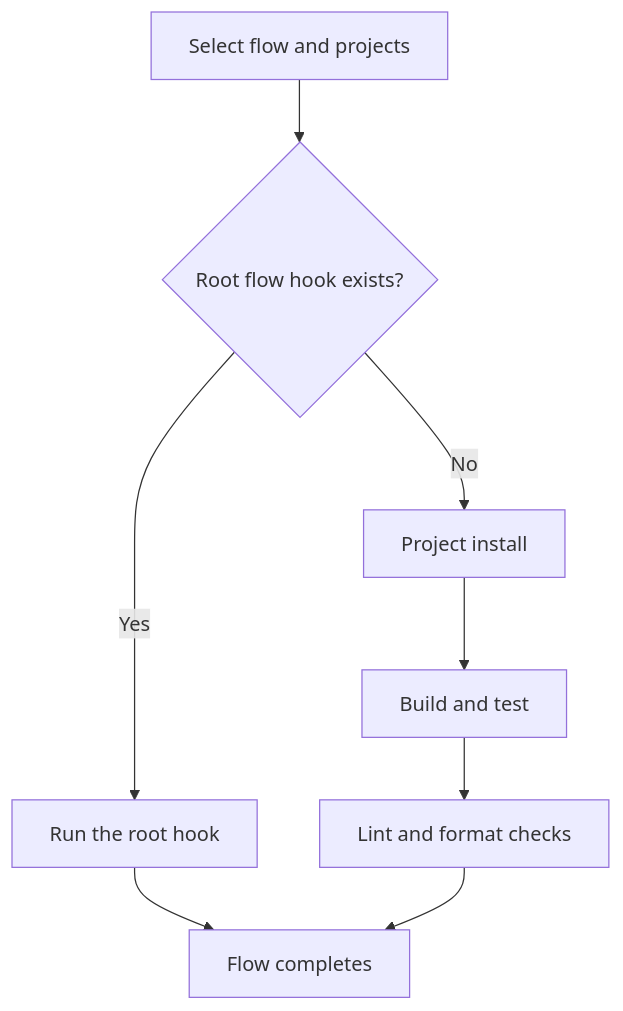
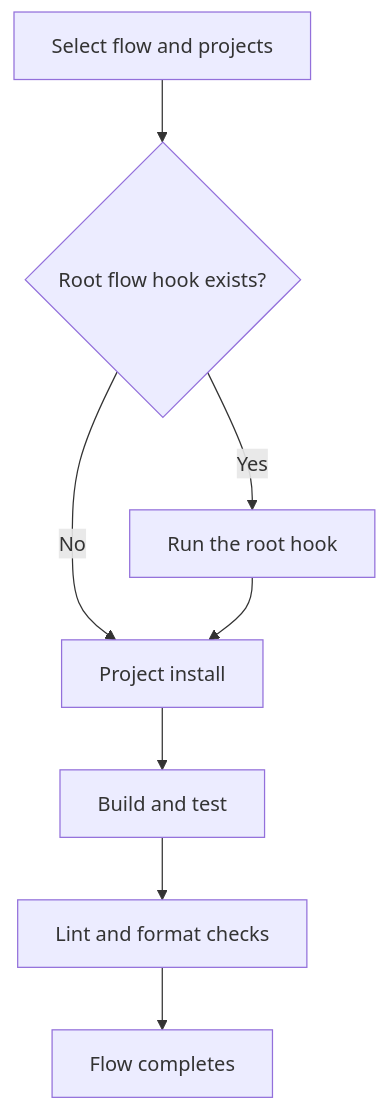
Before and after one commit to cloudvoyant/premise: the second of 4 diagrams in docs/modules/ci.md, drawn with Mermaid. The commit also changed other lines of this file and 57 other files, not shown here.

Commit message:
refactor(infra): simplify CI flows and secrets [publish-rc]

````diff
--- a/docs/modules/ci.md
+++ b/docs/modules/ci.md
@@ -32,10 +32,10 @@
 ```mermaid
 flowchart TD
     select[Select flow and projects] --> root{Root flow hook exists?}
     root -->|Yes| custom[Run the root hook]
     root -->|No| install[Project install]
     install --> build[Build and test]
     build --> quality[Lint and format checks]
-    custom --> done[Flow completes]
-    quality --> done
+    custom --> install
+    quality --> done[Flow completes]
 ```
````
